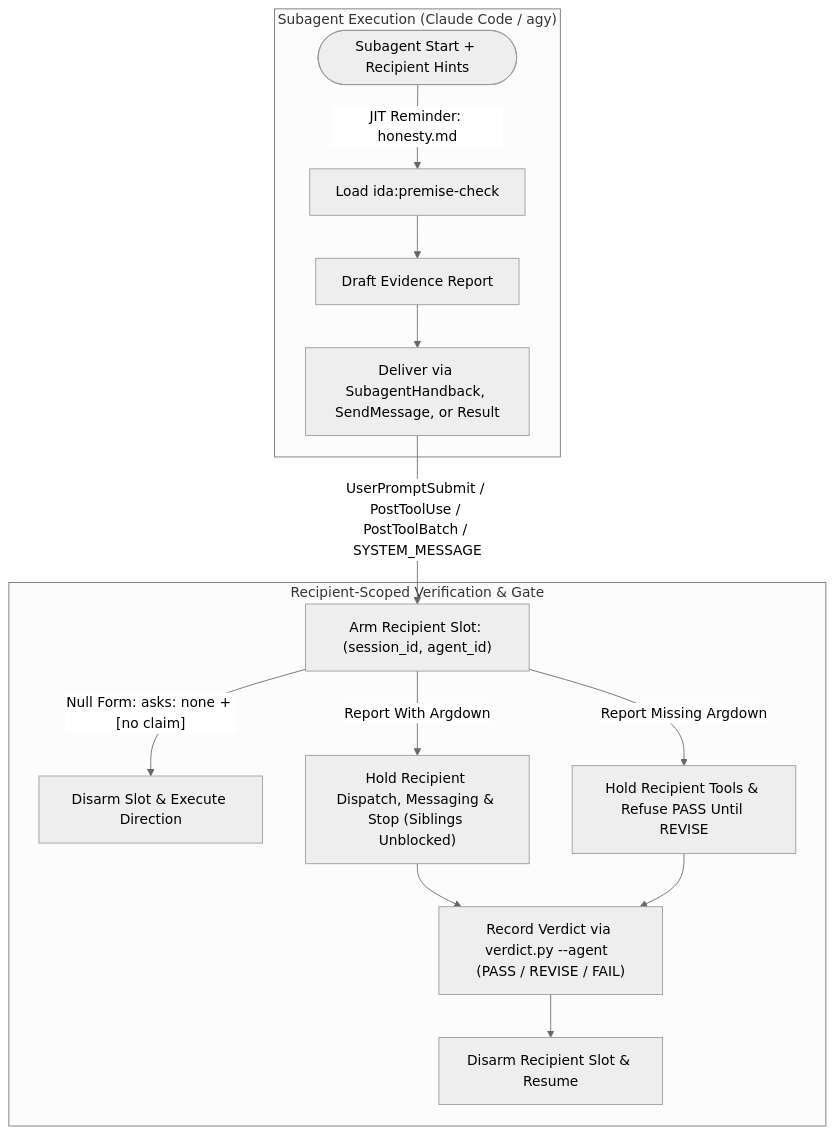
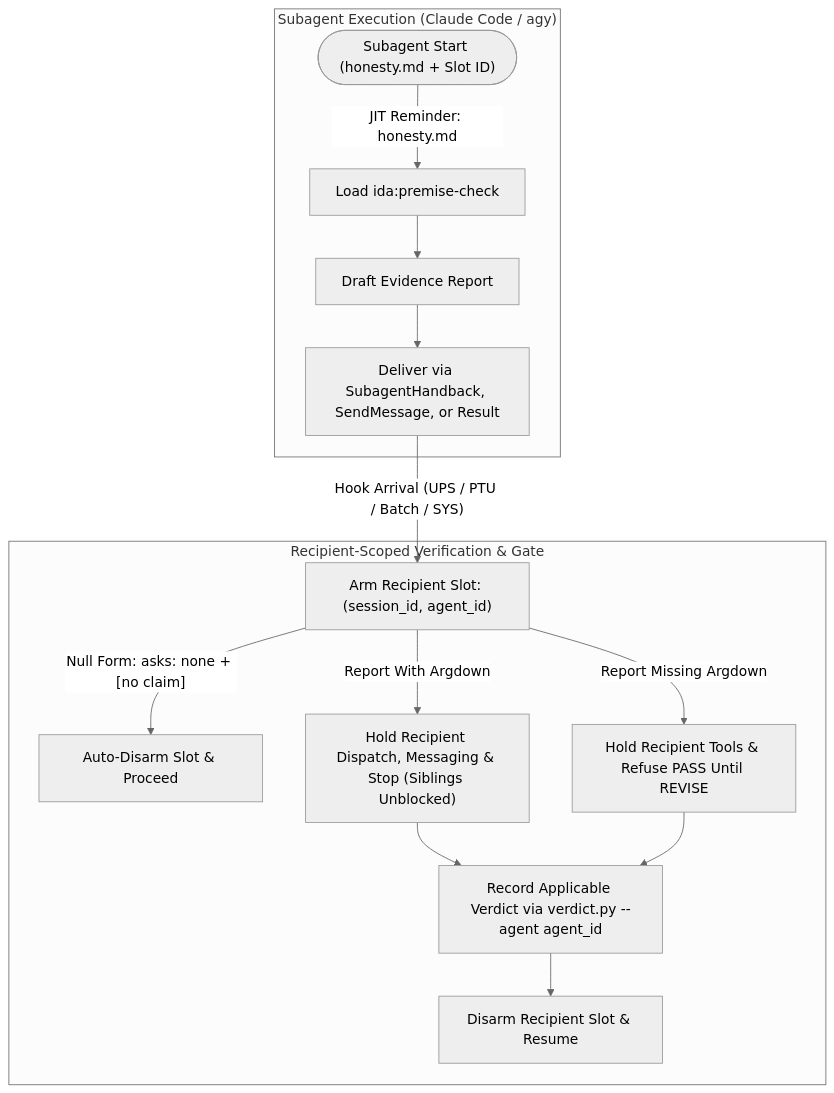
Before and after one commit to nicsuzor/academicOps: the diagram in specs/enforcement/evidence-contract-enforcement.md, drawn with Mermaid (neutral theme). The commit also changed other lines of this file and 2 other files, not shown here.

Commit message:
polish(specs,hooks): fix Mermaid tag, AC-1.5 phrasing, and quote claim ID

````diff
--- a/specs/enforcement/evidence-contract-enforcement.md
+++ b/specs/enforcement/evidence-contract-enforcement.md
@@ -15,17 +15,17 @@
 ```mermaid
 flowchart TD
     subgraph SubagentExecution ["Subagent Execution (Claude Code / agy)"]
-        Start(["Subagent Start + Recipient Hints"]) -->|"JIT Reminder: honesty.md"| Prompt["Load ida:premise-check"]
+        Start(["Subagent Start (honesty.md + Slot ID)"]) -->|"JIT Reminder: honesty.md"| Prompt["Load ida:premise-check"]
         Prompt --> Draft["Draft Evidence Report"]
         Draft --> Handback["Deliver via SubagentHandback, SendMessage, or Result"]
     end
     subgraph CallerVerification ["Recipient-Scoped Verification & Gate"]
-        Handback -->|"UserPromptSubmit / PostToolUse / PostToolBatch / SYSTEM_MESSAGE"| SlotArm["Arm Recipient Slot: (session_id, agent_id)"]
-        SlotArm -->|"Null Form: asks: none + [no claim]"| DisarmNull["Disarm Slot & Execute Direction"]
+        Handback -->|"Hook Arrival (UPS / PTU / Batch / SYS)"| SlotArm["Arm Recipient Slot: (session_id, agent_id)"]
+        SlotArm -->|"Null Form: asks: none + [no claim]"| DisarmNull["Auto-Disarm Slot & Proceed"]
         SlotArm -->|"Report With Argdown"| HoldSlot["Hold Recipient Dispatch, Messaging & Stop (Siblings Unblocked)"]
         SlotArm -->|"Report Missing Argdown"| HoldMissing["Hold Recipient Tools & Refuse PASS Until REVISE"]
-        HoldSlot --> Verdict["Record Verdict via verdict.py --agent <id> (PASS / REVISE / FAIL)"]
+        HoldSlot --> Verdict["Record Applicable Verdict via verdict.py --agent agent_id"]
         HoldMissing --> Verdict
         Verdict --> Disarm["Disarm Recipient Slot & Resume"]
     end
 ```
````
